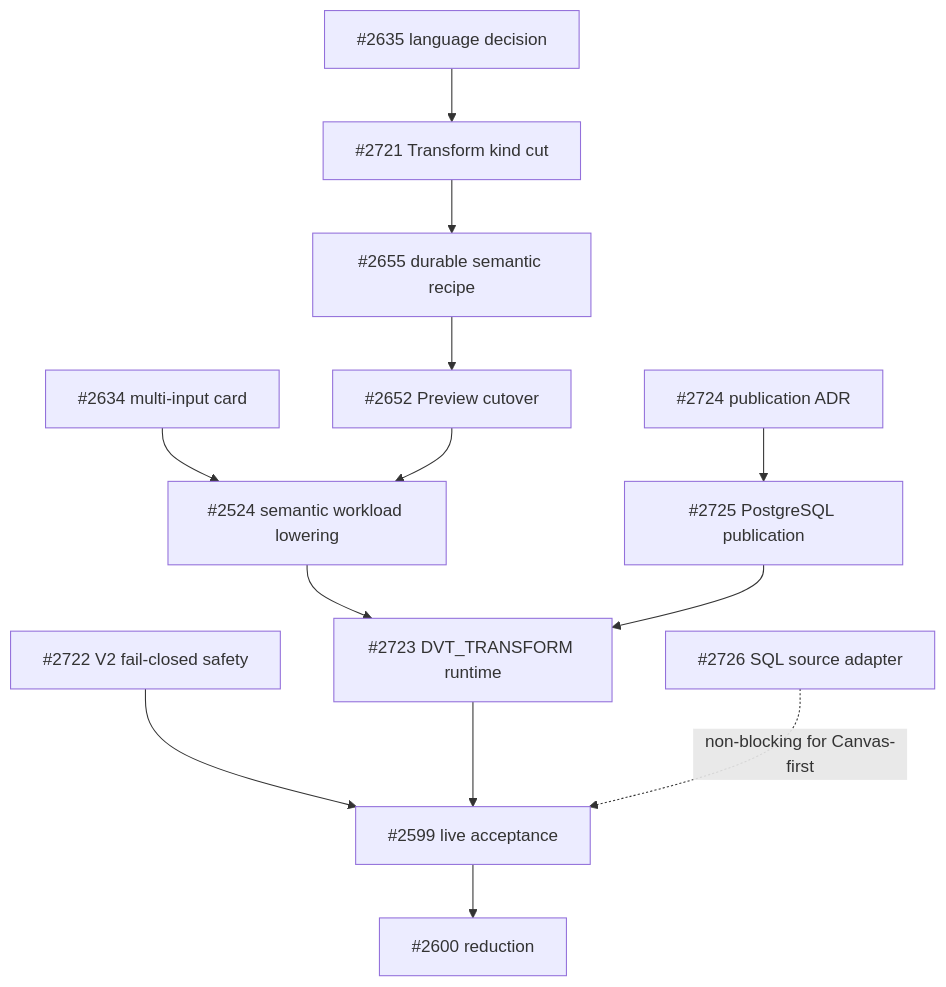
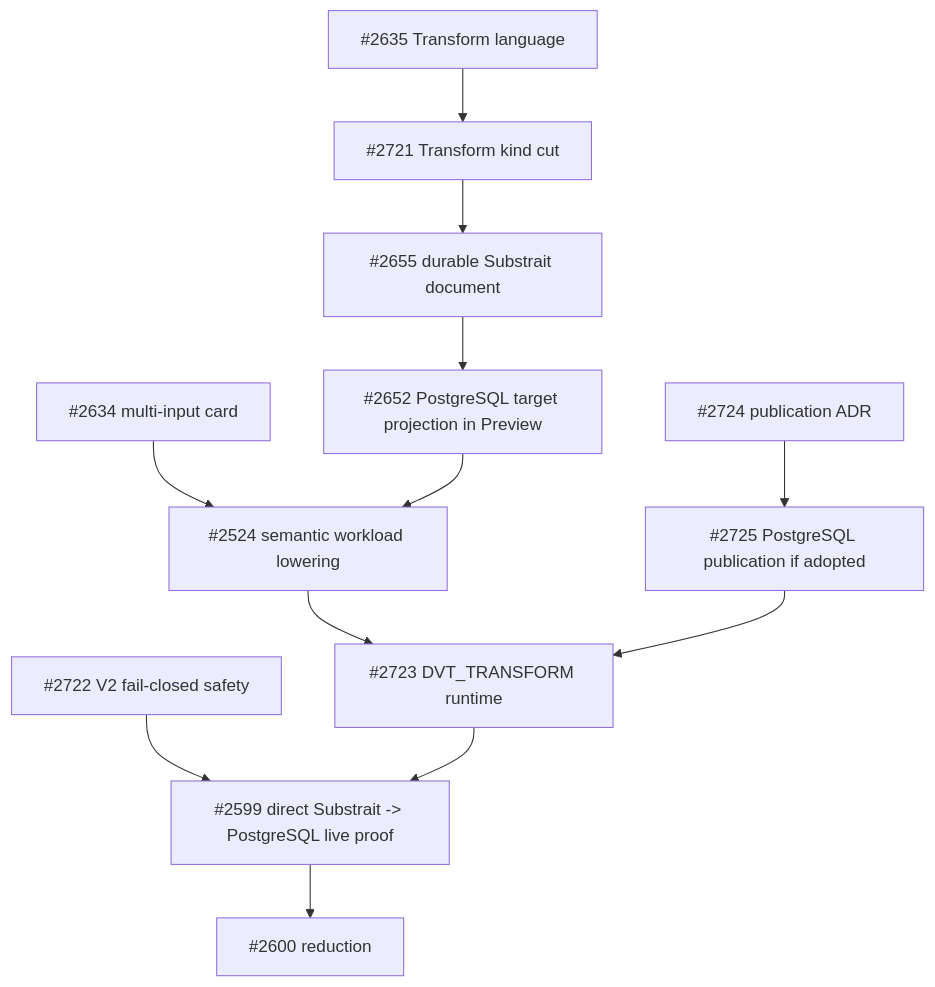
The second of 2 diagrams in docs/planning/proposals/mandatory/runtime-and-contracts/vtx2-transform-cutover-plan-20260828.md (dunay2/dvt), drawn with Mermaid before and after one commit. The commit also changed other lines of this file, not shown here.

Commit message:
docs(docs): Remove SQL import from VTX2 Transform cutover

````diff
--- a/docs/planning/proposals/mandatory/runtime-and-contracts/vtx2-transform-cutover-plan-20260828.md
+++ b/docs/planning/proposals/mandatory/runtime-and-contracts/vtx2-transform-cutover-plan-20260828.md
@@ -266,29 +262,27 @@
 ```mermaid
 flowchart TD
   Safe["#2722 V2 fail-closed safety"]
-  Language["#2635 language decision"]
+  Language["#2635 Transform language"]
   Kind["#2721 Transform kind cut"]
-  Durable["#2655 durable semantic recipe"]
-  Preview["#2652 Preview cutover"]
+  Durable["#2655 durable Substrait document"]
+  Preview["#2652 PostgreSQL target projection in Preview"]
   Inputs["#2634 multi-input card"]
   Lower["#2524 semantic workload lowering"]
   PublishDecision["#2724 publication ADR"]
-  Publish["#2725 PostgreSQL publication"]
+  Publish["#2725 PostgreSQL publication if adopted"]
   Runtime["#2723 DVT_TRANSFORM runtime"]
-  SqlIn["#2726 SQL source adapter"]
-  E2E["#2599 live acceptance"]
+  E2E["#2599 direct Substrait -> PostgreSQL live proof"]
   Delete["#2600 reduction"]
 
   Language --> Kind
   Kind --> Durable
   Durable --> Preview
   Inputs --> Lower
   Preview --> Lower
   PublishDecision --> Publish
   Lower --> Runtime
   Publish --> Runtime
   Safe --> E2E
   Runtime --> E2E
-  SqlIn -. non-blocking for Canvas-first .-> E2E
   E2E --> Delete
 ```
````
